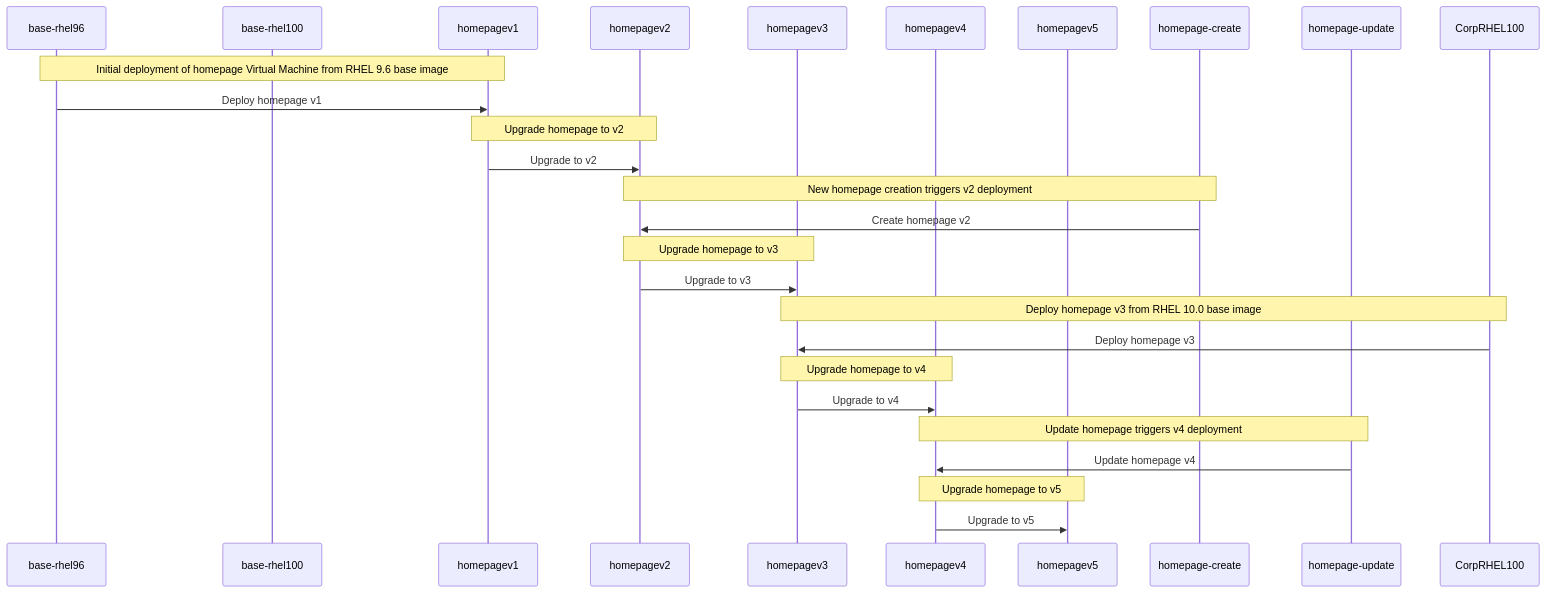
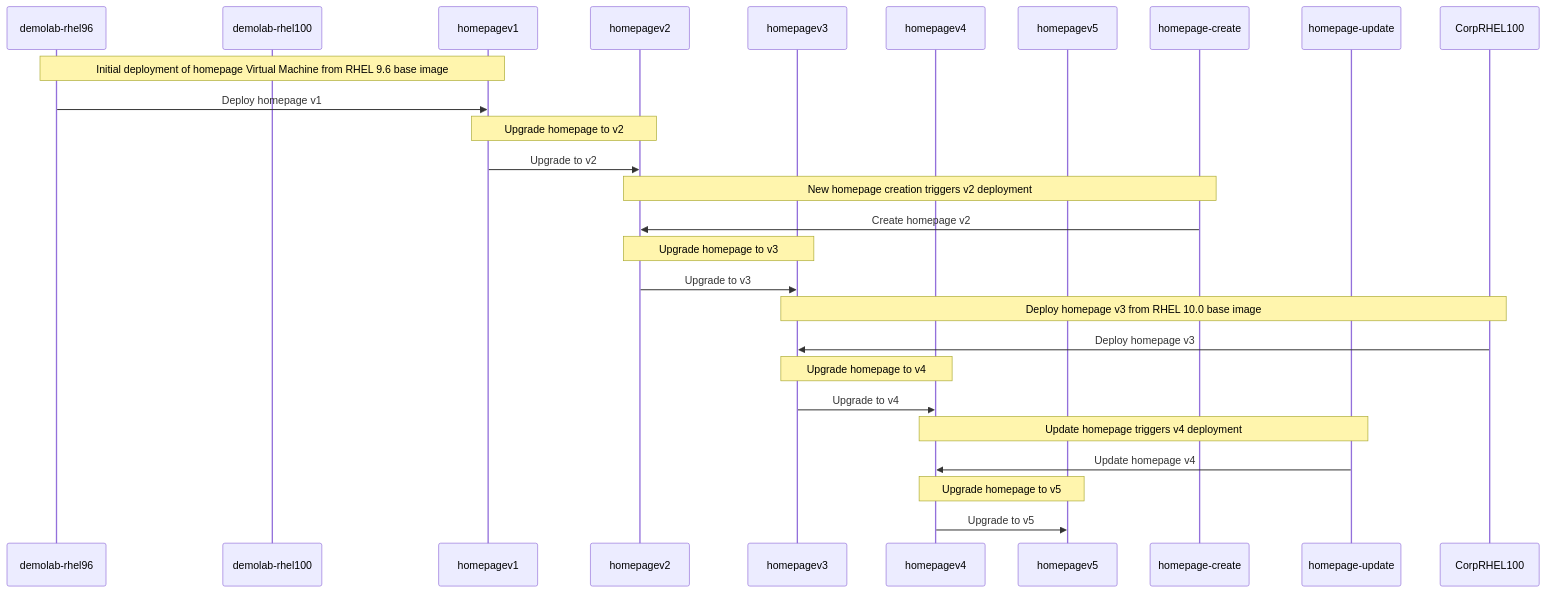
One commit to jvdbreggen/imagemodedemo changed the second of 2 diagrams in README.md. Above: the diagram before and after it, drawn with Mermaid. The commit also changed other lines of this file, not shown here.

Commit message:
Update diagram and commands

````diff
--- a/README.md
+++ b/README.md
@@ -22,38 +23,38 @@
 ```mermaid
 sequenceDiagram
-   participant BaseRHEL96 as base-rhel96
-   participant BaseRHEL100 as base-rhel100 
+   participant BaseRHEL96 as demolab-rhel96
+   participant BaseRHEL100 as demolab-rhel100 
    participant HomepageV1 as homepagev1 
    participant HomepageV2 as homepagev2 
    participant HomepageV3 as homepagev3 
    participant HomepageV4 as homepagev4 
    participant HomepageV5 as homepagev5 
    participant HomepageCreate as homepage-create 
    participant HomepageUpdate as homepage-update
 
 %% Begin sequence
 Note over BaseRHEL96,HomepageV1: Initial deployment of homepage Virtual Machine from RHEL 9.6 base image
 BaseRHEL96->>HomepageV1: Deploy homepage v1
 
 Note over HomepageV1,HomepageV2: Upgrade homepage to v2
 HomepageV1->>HomepageV2: Upgrade to v2
 
 Note over HomepageCreate,HomepageV2: New homepage creation triggers v2 deployment
 HomepageCreate->>HomepageV2: Create homepage v2
 
 Note over HomepageV2,HomepageV3: Upgrade homepage to v3
 HomepageV2->>HomepageV3: Upgrade to v3
 
 Note over CorpRHEL100,HomepageV3: Deploy homepage v3 from RHEL 10.0 base image
 CorpRHEL100->>HomepageV3: Deploy homepage v3
 
 Note over HomepageV3,HomepageV4: Upgrade homepage to v4
 HomepageV3->>HomepageV4: Upgrade to v4
 
 Note over HomepageUpdate,HomepageV4: Update homepage triggers v4 deployment
 HomepageUpdate->>HomepageV4: Update homepage v4
 
 Note over HomepageV4,HomepageV5: Upgrade homepage to v5
 HomepageV4->>HomepageV5: Upgrade to v5
 
 ```
````
